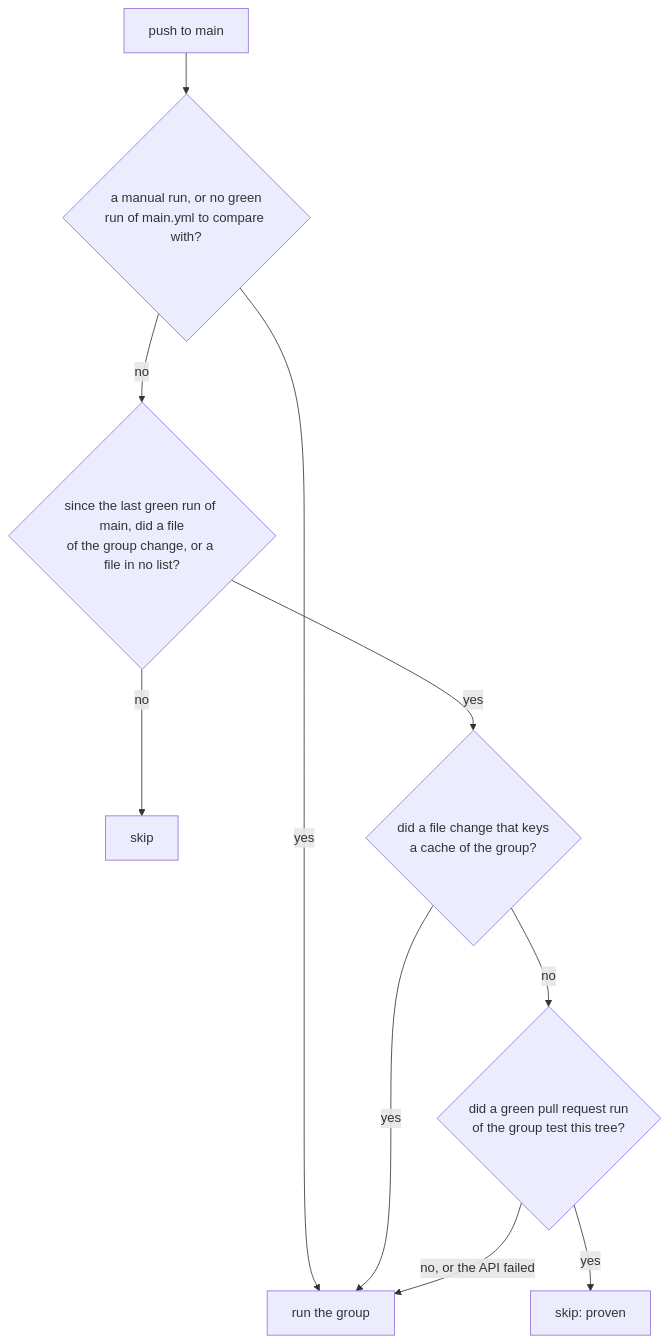
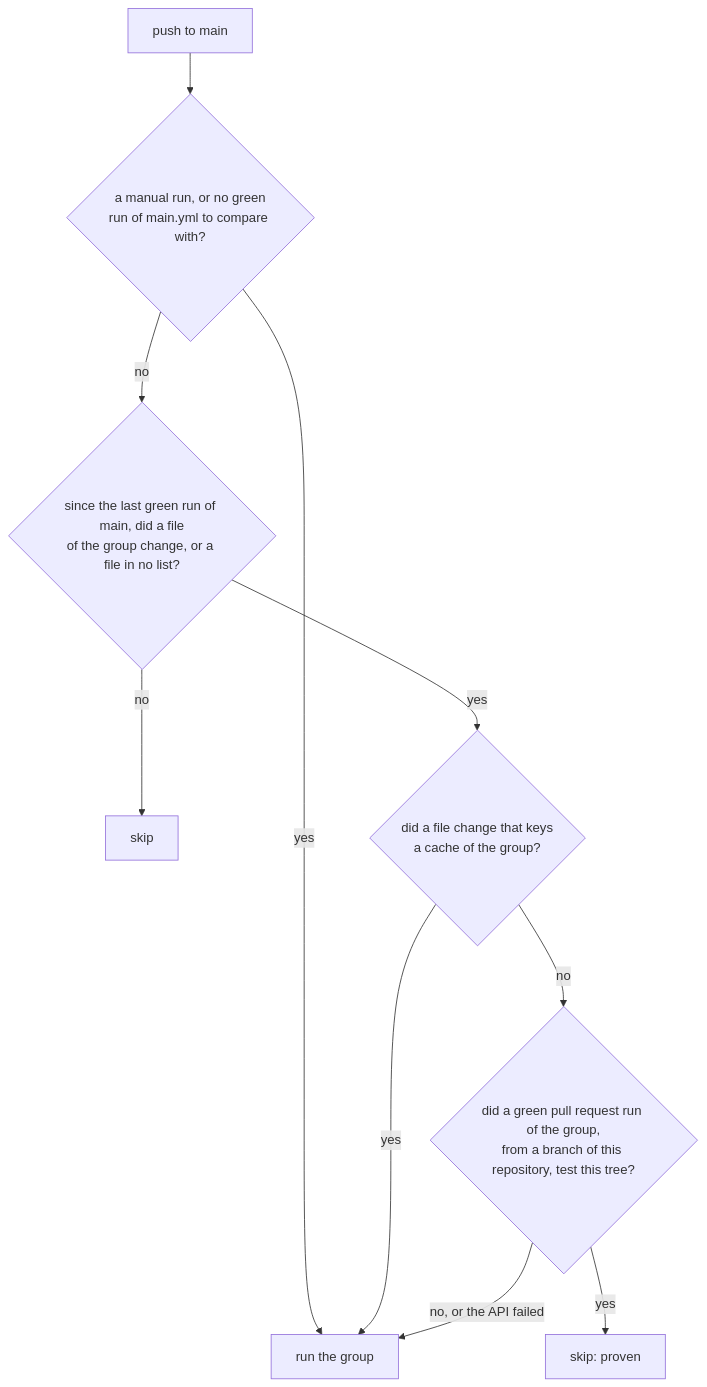
Before and after one commit to herman72/unshelve: the diagram in docs/learn/53-fewer-minutes-of-ci.md, drawn with Mermaid. The commit also changed other lines of this file and 1 other file, not shown here.

````diff
--- a/docs/learn/53-fewer-minutes-of-ci.md
+++ b/docs/learn/53-fewer-minutes-of-ci.md
@@ -91,12 +91,12 @@
 ```mermaid
 flowchart TD
     P["push to main"] --> M{"a manual run, or no green<br/>run of main.yml to compare with?"}
     M -->|"yes"| R["run the group"]
     M -->|"no"| F{"since the last green run of main, did a file<br/>of the group change, or a file in no list?"}
     F -->|"no"| S["skip"]
     F -->|"yes"| L{"did a file change that keys<br/>a cache of the group?"}
     L -->|"yes"| R
-    L -->|"no"| T{"did a green pull request run<br/>of the group test this tree?"}
+    L -->|"no"| T{"did a green pull request run of the group,<br/>from a branch of this repository, test this tree?"}
     T -->|"yes"| S2["skip: proven"]
     T -->|"no, or the API failed"| R
 ```
````
